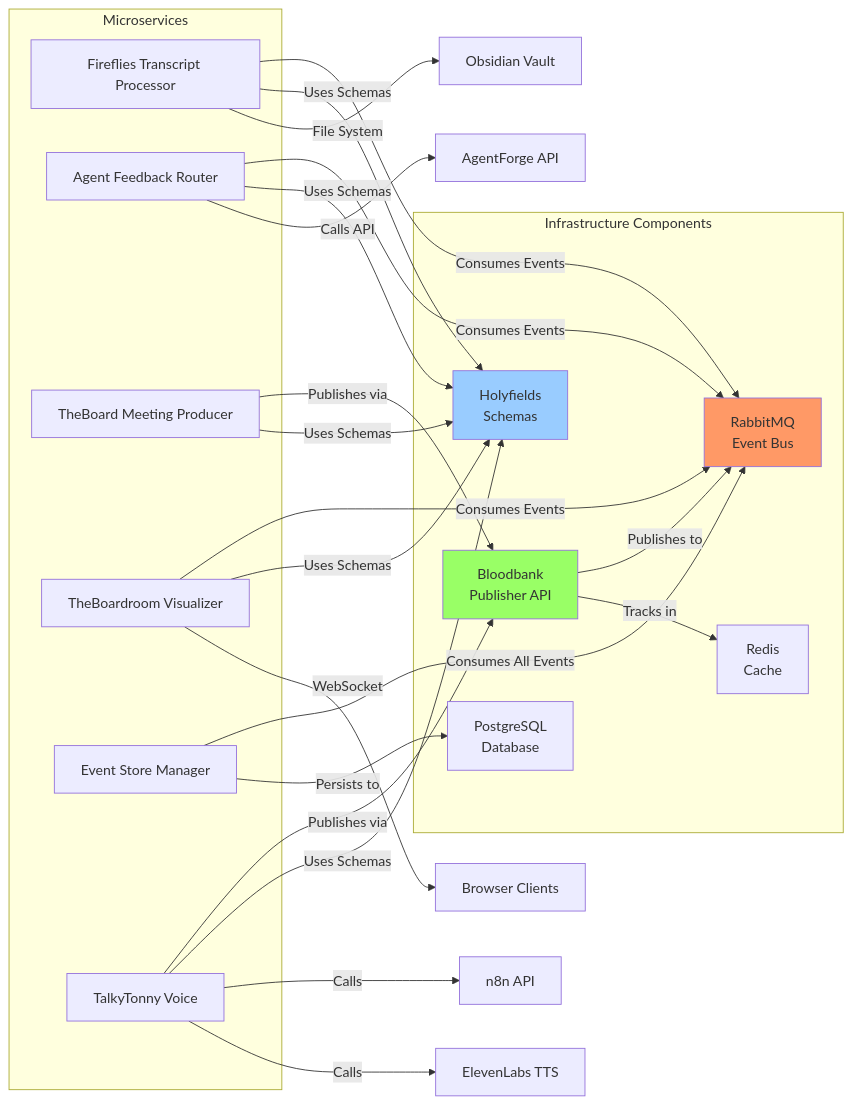
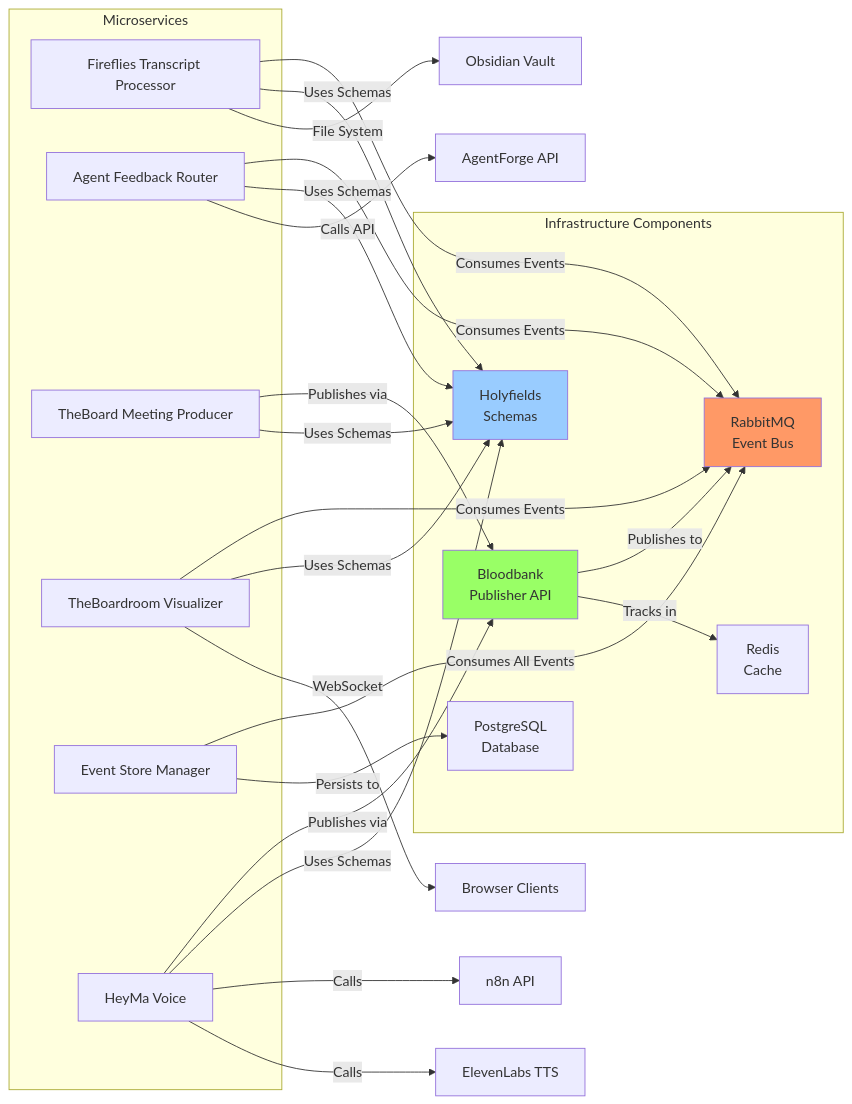
One commit to delorenj/33GOD changed the second of 6 diagrams in docs/domains/event-infrastructure/dependencies.md. Above: the diagram before and after it, drawn with Mermaid. The commit also changed other lines of this file and 38 other files, not shown here.

Commit message:
refactor: Rename TalkyTonny submodule to HeyMa. Also updated all references

````diff
--- a/docs/domains/event-infrastructure/dependencies.md
+++ b/docs/domains/event-infrastructure/dependencies.md
@@ -91,56 +91,56 @@
 ```mermaid
 graph LR
     subgraph Services["Microservices"]
         S1[Fireflies Transcript Processor]
         S2[Agent Feedback Router]
         S3[TheBoard Meeting Producer]
         S4[TheBoardroom Visualizer]
         S5[Event Store Manager]
-        S6[TalkyTonny Voice]
+        S6[HeyMa Voice]
     end
 
     subgraph Infrastructure["Infrastructure Components"]
         RMQ[RabbitMQ<br/>Event Bus]
         BB[Bloodbank<br/>Publisher API]
         HF[Holyfields<br/>Schemas]
         R[Redis<br/>Cache]
         PG[PostgreSQL<br/>Database]
     end
 
     %% Fireflies Processor dependencies
     S1 -->|Consumes Events| RMQ
     S1 -->|Uses Schemas| HF
     S1 -->|File System| FS[Obsidian Vault]
 
     %% Agent Feedback Router dependencies
     S2 -->|Consumes Events| RMQ
     S2 -->|Uses Schemas| HF
     S2 -->|Calls API| AF[AgentForge API]
 
     %% TheBoard Producer dependencies
     S3 -->|Publishes via| BB
     S3 -->|Uses Schemas| HF
 
     %% TheBoardroom dependencies
     S4 -->|Consumes Events| RMQ
     S4 -->|Uses Schemas| HF
     S4 -->|WebSocket| WS[Browser Clients]
 
     %% Event Store dependencies
     S5 -->|Consumes All Events| RMQ
     S5 -->|Persists to| PG
 
-    %% TalkyTonny dependencies
+    %% HeyMa dependencies
     S6 -->|Publishes via| BB
     S6 -->|Uses Schemas| HF
     S6 -->|Calls| N8N[n8n API]
     S6 -->|Calls| EL[ElevenLabs TTS]
 
     %% Bloodbank dependencies
     BB -->|Publishes to| RMQ
     BB -->|Tracks in| R
 
     style RMQ fill:#f96
     style BB fill:#9f6
     style HF fill:#9cf
 ```
````
